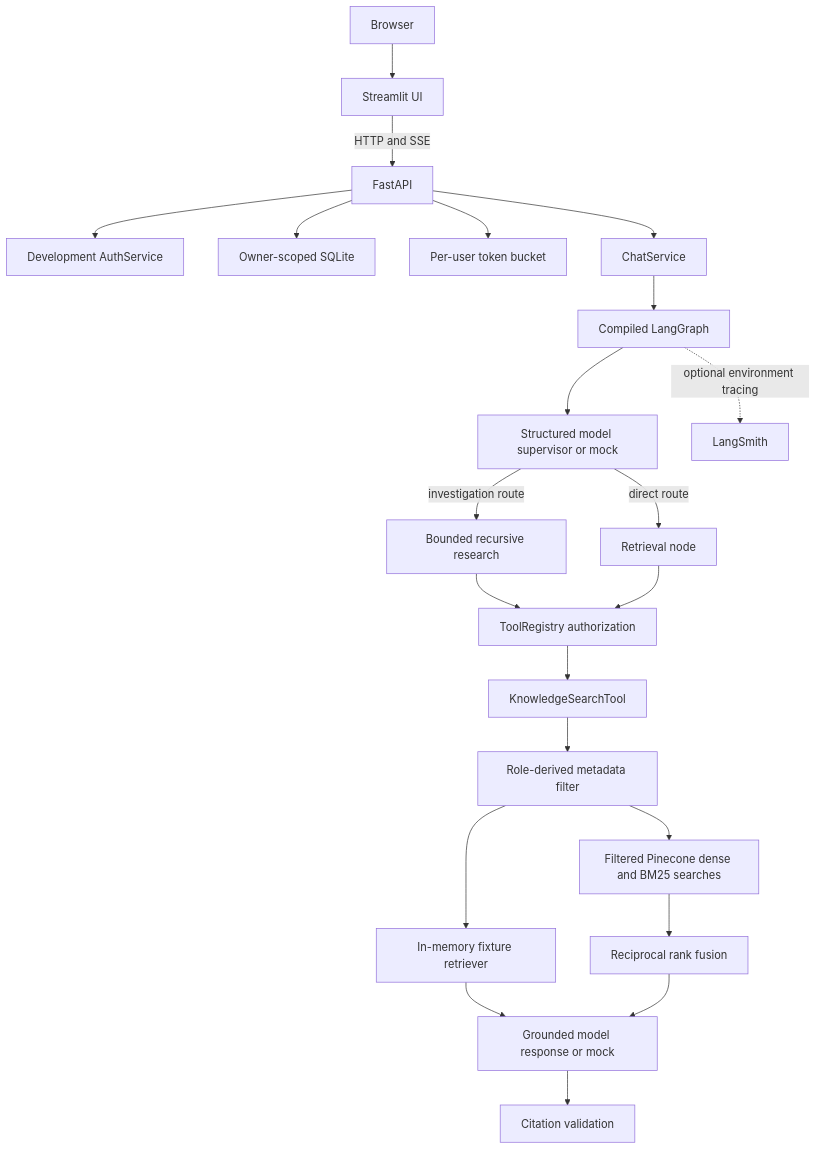
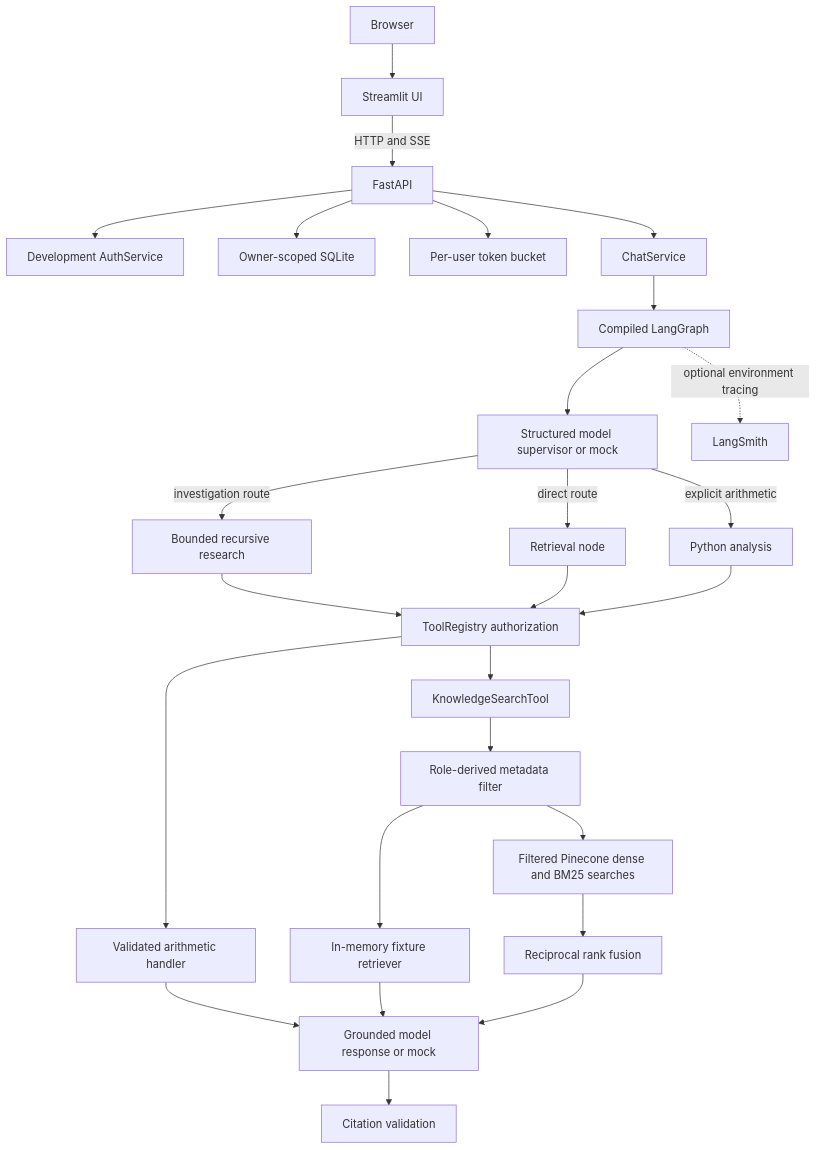
One commit to Thavarshan/enterprise-knowledge-assistant changed the first of 2 diagrams in docs/architecture.md. Above: the diagram before and after it, drawn with Mermaid. The commit also changed other lines of this file and 24 other files, not shown here.

Commit message:
feat: add guarded Python analysis tool

````diff
--- a/docs/architecture.md
+++ b/docs/architecture.md
@@ -20,24 +20,28 @@
 ```mermaid
 flowchart TB
   Browser --> UI[Streamlit UI]
   UI -->|HTTP and SSE| API[FastAPI]
   API --> Auth[Development AuthService]
   API --> Owner[Owner-scoped SQLite]
   API --> Limit[Per-user token bucket]
   API --> Chat[ChatService]
   Chat --> Graph[Compiled LangGraph]
   Graph --> Supervisor[Structured model supervisor or mock]
   Supervisor -->|direct route| Retrieval[Retrieval node]
   Supervisor -->|investigation route| Research[Bounded recursive research]
+  Supervisor -->|explicit arithmetic| Analysis[Python analysis]
   Research --> Registry
   Retrieval --> Registry[ToolRegistry authorization]
   Registry --> Knowledge[KnowledgeSearchTool]
+  Registry --> PythonAnalysis[Validated arithmetic handler]
+  Analysis --> Registry
+  PythonAnalysis --> Response[Validated analysis result]
   Knowledge --> Filter[Role-derived metadata filter]
   Filter --> Fixture[In-memory fixture retriever]
   Filter --> Pinecone[Filtered Pinecone dense and BM25 searches]
   Pinecone --> RRF[Reciprocal rank fusion]
   Fixture --> Response[Grounded model response or mock]
   RRF --> Response
   Response --> Validate[Citation validation]
   Graph -. optional environment tracing .-> LangSmith[LangSmith]
 ```
````
